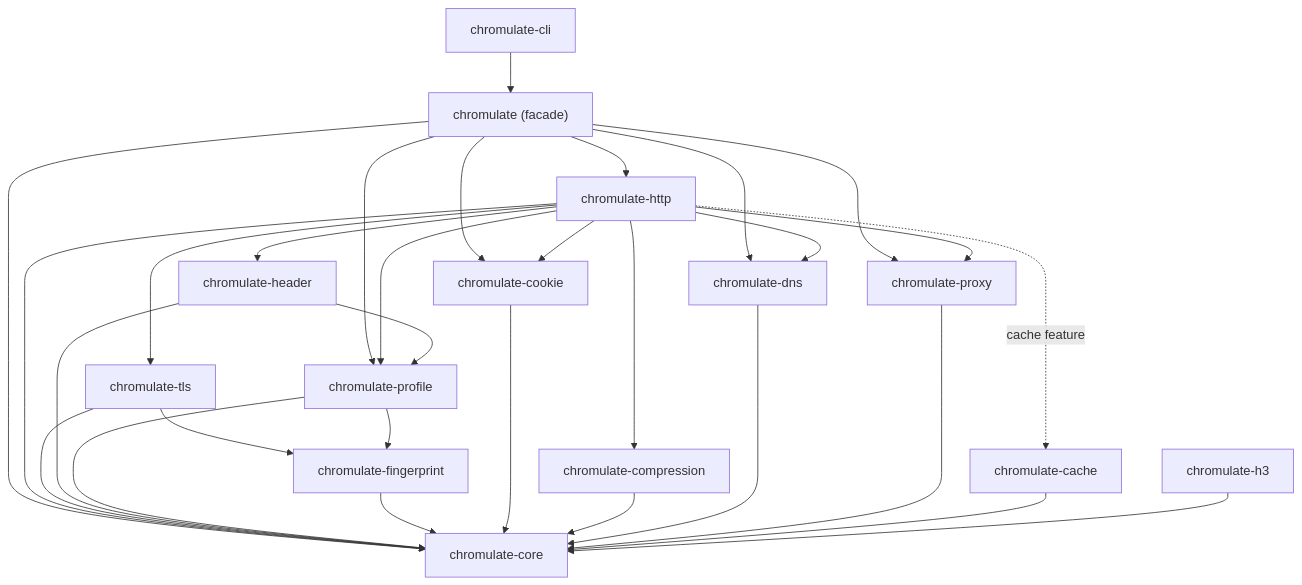
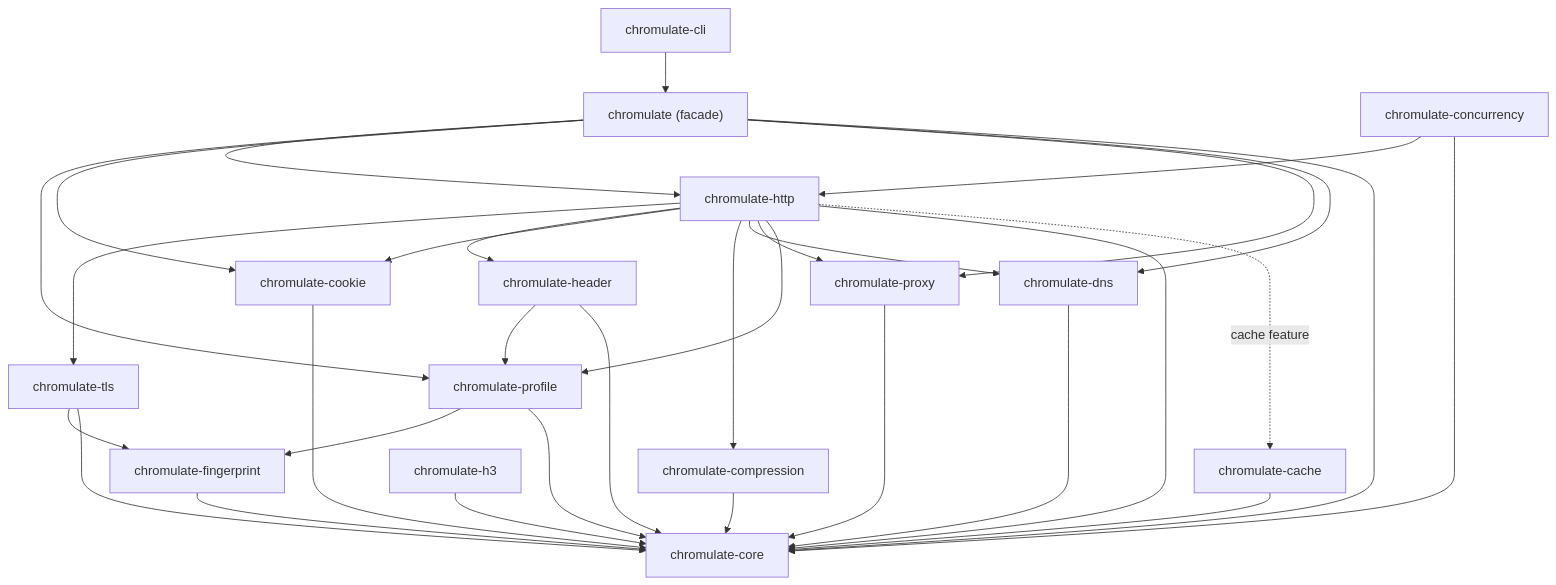
The first of 3 diagrams in docs/architecture/02-chromulate-design.md (cagataycankaya/chromulate), drawn with Mermaid before and after one commit. The commit also changed other lines of this file and 23 other files, not shown here.

````diff
--- a/docs/architecture/02-chromulate-design.md
+++ b/docs/architecture/02-chromulate-design.md
@@ -142,35 +142,38 @@
 ```mermaid
 graph TD
     cli["chromulate-cli"] --> facade["chromulate (facade)"]
 
     facade --> http["chromulate-http"]
     facade --> profile["chromulate-profile"]
     facade --> cookie["chromulate-cookie"]
     facade --> proxy["chromulate-proxy"]
     facade --> dns["chromulate-dns"]
     facade --> core["chromulate-core"]
 
     http --> tls["chromulate-tls"]
     http --> header["chromulate-header"]
     http --> cookie
     http --> compression["chromulate-compression"]
     http --> dns
     http --> proxy
     http --> profile
     http --> core
     http -.->|"cache feature"| cache["chromulate-cache"]
 
+    concurrency["chromulate-concurrency"] --> http
+    concurrency --> core
+
     tls --> fingerprint["chromulate-fingerprint"]
     tls --> core
     header --> profile
     header --> core
     profile --> fingerprint
     profile --> core
     fingerprint --> core
     cookie --> core
     compression --> core
     dns --> core
     proxy --> core
     cache --> core
     h3["chromulate-h3"] --> core
 ```
````
